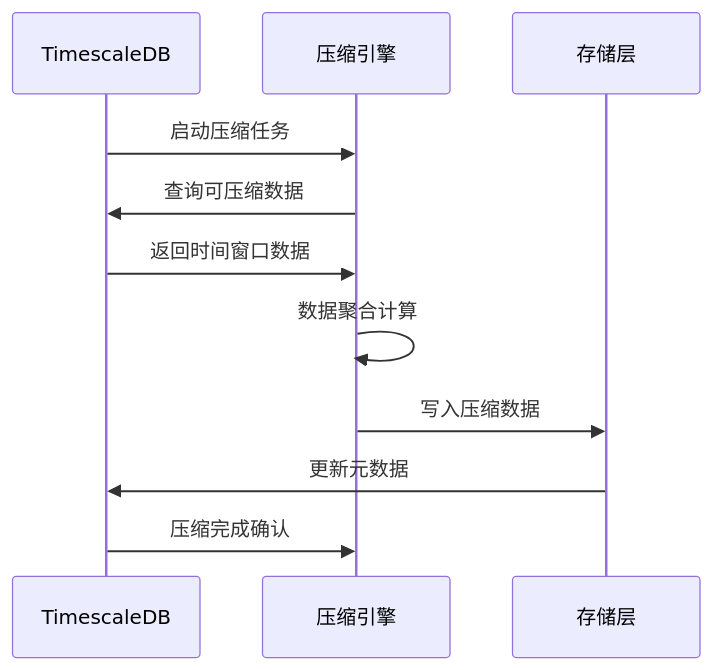
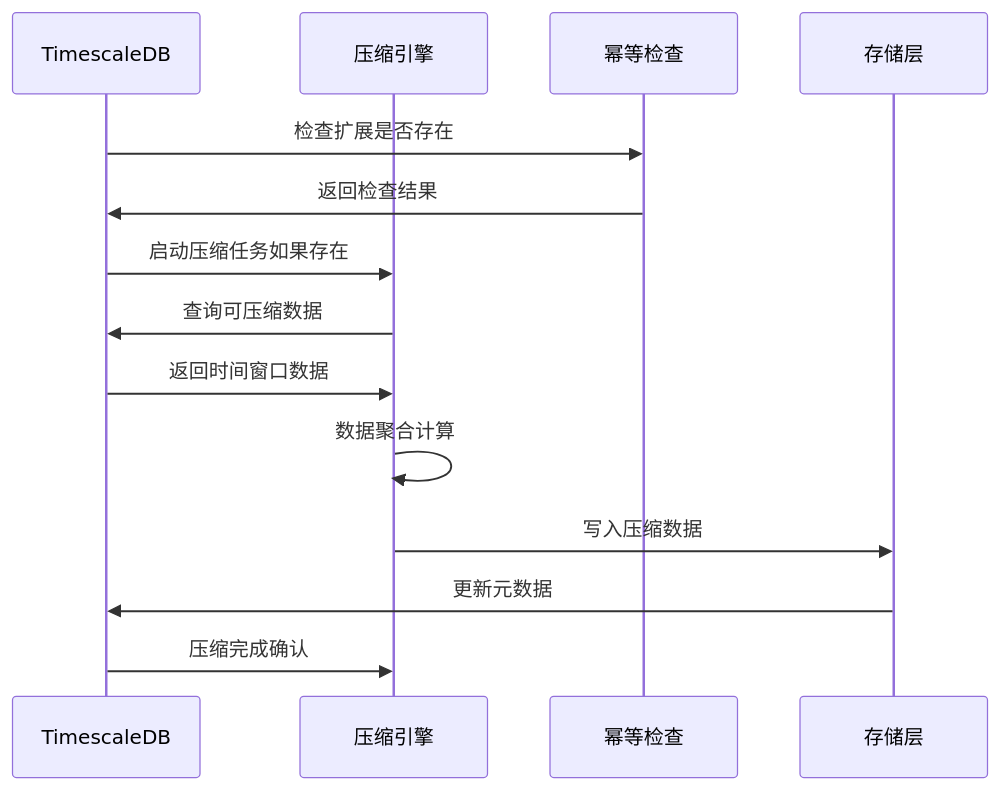
Before and after one commit to mcmrzy/cs_inv_monitor-develop: diagram 12 of 27 in .qoder/repowiki/zh/content/数据库设计/数据库迁移管理.md, drawn with Mermaid. The commit also changed other lines of this file and 28 other files, not shown here.

````diff
--- a/.qoder/repowiki/zh/content/数据库设计/数据库迁移管理.md
+++ b/.qoder/repowiki/zh/content/数据库设计/数据库迁移管理.md
@@ -398,13 +515,16 @@
 ```mermaid
 sequenceDiagram
 participant TS as TimescaleDB
 participant COMPRESS as 压缩引擎
+participant CHECK as 幂等检查
 participant STORAGE as 存储层
-TS->>COMPRESS : 启动压缩任务
+TS->>CHECK : 检查扩展是否存在
+CHECK->>TS : 返回检查结果
+TS->>COMPRESS : 启动压缩任务如果存在
 COMPRESS->>TS : 查询可压缩数据
 TS->>COMPRESS : 返回时间窗口数据
 COMPRESS->>COMPRESS : 数据聚合计算
 COMPRESS->>STORAGE : 写入压缩数据
 STORAGE->>TS : 更新元数据
 TS->>COMPRESS : 压缩完成确认
 ```
````
